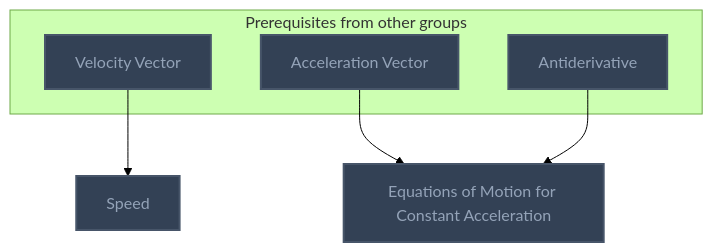
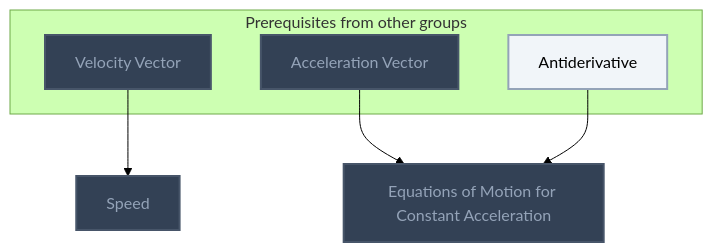
Before and after one commit to MRauf1/My-Notes: the fourth of 5 diagrams in Gamification/Skill Trees/Mechanics.md, drawn with Mermaid (forest theme). The commit also changed other lines of this file and 156 other files, not shown here.

````diff
--- a/Gamification/Skill Trees/Mechanics.md
+++ b/Gamification/Skill Trees/Mechanics.md
@@ -105,24 +106,25 @@
 ```mermaid
 flowchart TD
     classDef planned fill:#1E293B,stroke:#64748B,stroke-width:2px,stroke-dasharray:5 5,color:#94A3B8;
     classDef locked fill:#334155,stroke:#475569,stroke-width:2px,color:#94A3B8;
     classDef L0 fill:#F1F5F9,stroke:#94A3B8,stroke-width:2px,color:#000000;
     classDef L1 fill:#22C55E,stroke:#15803D,stroke-width:2px,color:#000000;
     classDef L2 fill:#3B82F6,stroke:#1D4ED8,stroke-width:3px,color:#FFFFFF;
     classDef L3 fill:#A855F7,stroke:#6B21A8,stroke-width:3px,color:#FFFFFF,font-weight:bold;
     classDef L4 fill:#F97316,stroke:#C2410C,stroke-width:4px,color:#000000,font-weight:bold;
     classDef L5 fill:#FFD700,stroke:#FF8C00,stroke-width:5px,color:#000000,font-weight:bold;
     classDef rusty stroke:#8B4513,stroke-width:4px,stroke-dasharray:3 3;
     subgraph sg_prereqs["Prerequisites from other groups"]
         n_velocity_vector["Velocity Vector"]
         n_acceleration_vector["Acceleration Vector"]
         n_antiderivative["Antiderivative"]
     end
     n_speed["Speed"]
     n_equations_of_motion_for_constant_acceleration["Equations of Motion for Constant Acceleration"]
     n_velocity_vector --> n_speed
     n_acceleration_vector --> n_equations_of_motion_for_constant_acceleration
     n_antiderivative --> n_equations_of_motion_for_constant_acceleration
-    class n_velocity_vector,n_acceleration_vector,n_antiderivative,n_speed,n_equations_of_motion_for_constant_acceleration locked;
+    class n_velocity_vector,n_acceleration_vector,n_speed,n_equations_of_motion_for_constant_acceleration locked;
+    class n_antiderivative L0;
     class n_velocity_vector,n_acceleration_vector,n_antiderivative,n_speed,n_equations_of_motion_for_constant_acceleration internal-link;
 ```
````
